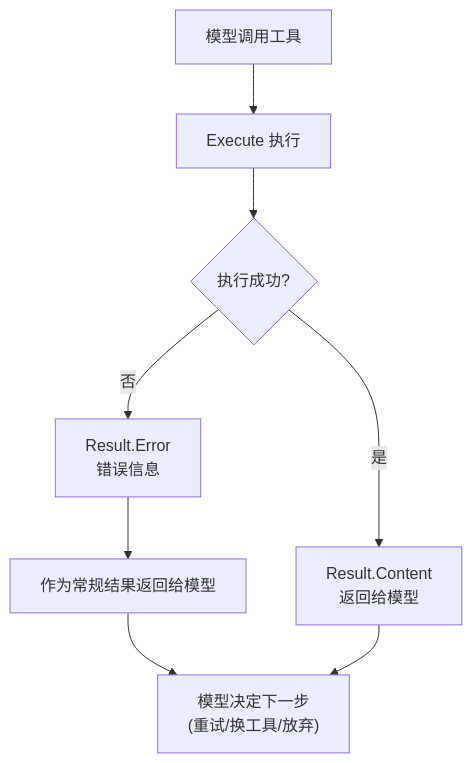
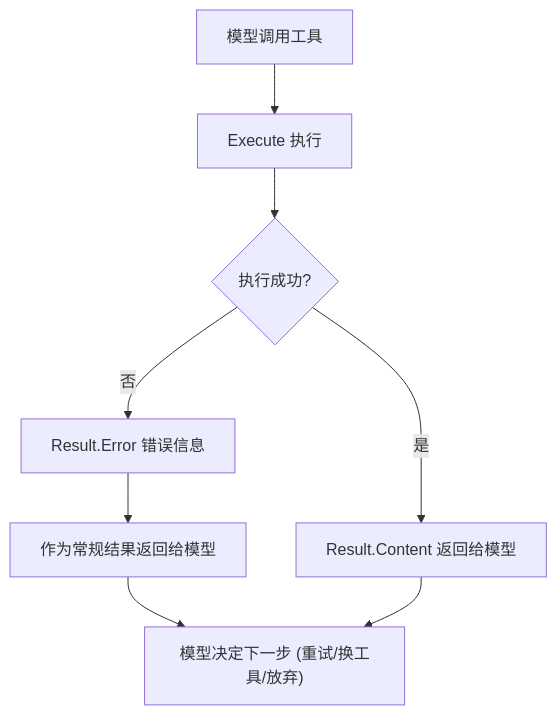
One commit to awesome-flexloop/awesome-okf changed the eighth of 9 diagrams in doc/bundles/jishu/ai/products/open-code-review/concepts/03-tools-mcp.md. Above: the diagram before and after it, drawn with Mermaid. The commit also changed other lines of this file and 10 other files, not shown here.

First line of the commit message:
docs(bundle): 清偿 Open Code Review 存量 Mermaid 违规避免规范漂移累积

````diff
--- a/doc/bundles/jishu/ai/products/open-code-review/concepts/03-tools-mcp.md
+++ b/doc/bundles/jishu/ai/products/open-code-review/concepts/03-tools-mcp.md
@@ -890,10 +880,10 @@
 ```mermaid
 flowchart TD
     Call["模型调用工具"] --> Exec["Execute 执行"]
     Exec --> Q{"执行成功?"}
-    Q -->|"是"| Success["Result.Content<br/>返回给模型"]
-    Q -->|"否"| Error["Result.Error<br/>错误信息"]
+    Q -->|"是"| Success["Result.Content 返回给模型"]
+    Q -->|"否"| Error["Result.Error 错误信息"]
     Error --> Return["作为常规结果返回给模型"]
-    Return --> Model["模型决定下一步<br/>(重试/换工具/放弃)"]
+    Return --> Model["模型决定下一步 (重试/换工具/放弃)"]
     Success --> Model
 ```
````
